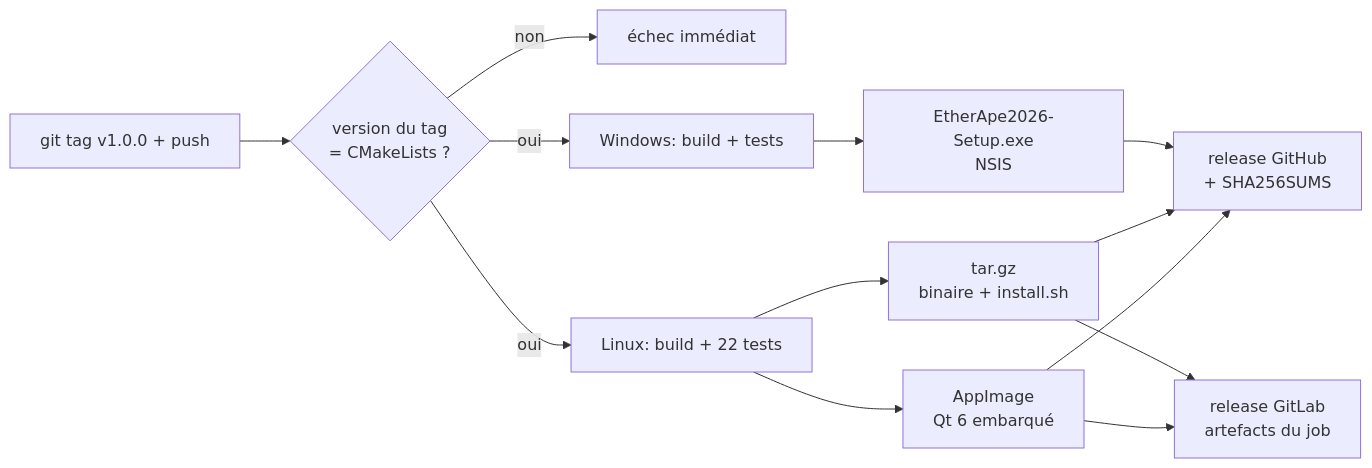
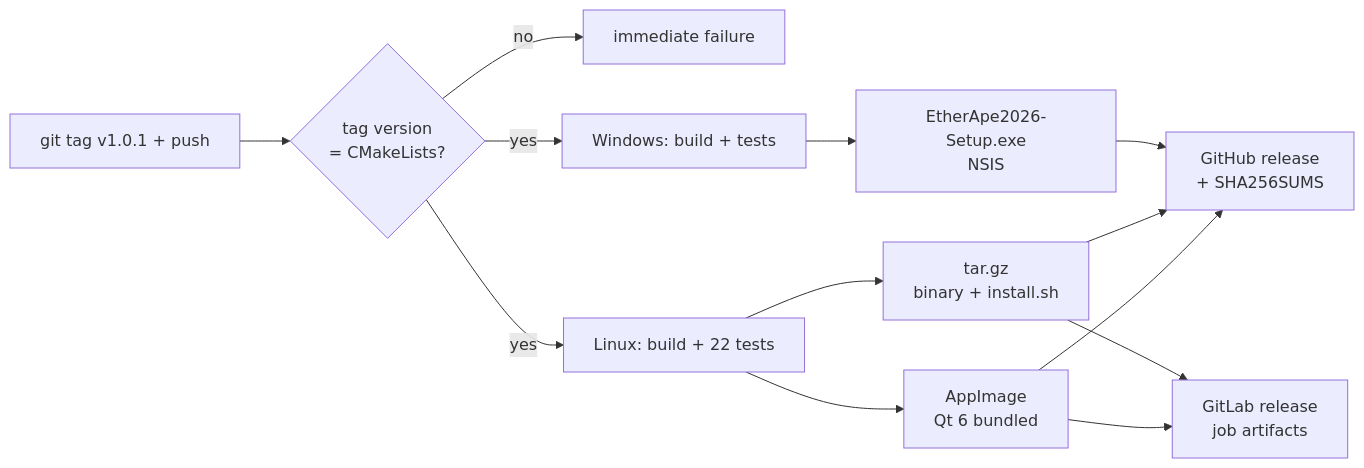
One commit to zx97/etherape2026 changed the diagram in docs/PACKAGING.md. Above: the diagram before and after it, drawn with Mermaid. The commit also changed other lines of this file and 14 other files, not shown here.

````diff
--- a/docs/PACKAGING.md
+++ b/docs/PACKAGING.md
@@ -6,15 +6,15 @@
 ```mermaid
 flowchart LR
-    T[git tag v1.0.0 + push] --> V{version du tag<br/>= CMakeLists ?}
-    V -- non --> X[échec immédiat]
-    V -- oui --> L[Linux: build + 22 tests]
-    V -- oui --> W[Windows: build + tests]
-    L --> A[AppImage<br/>Qt 6 embarqué]
-    L --> B[tar.gz<br/>binaire + install.sh]
+    T[git tag v1.0.1 + push] --> V{tag version<br/>= CMakeLists?}
+    V -- no --> X[immediate failure]
+    V -- yes --> L[Linux: build + 22 tests]
+    V -- yes --> W[Windows: build + tests]
+    L --> A[AppImage<br/>Qt 6 bundled]
+    L --> B[tar.gz<br/>binary + install.sh]
     W --> C[EtherApe2026-Setup.exe<br/>NSIS]
-    A --> R[release GitHub<br/>+ SHA256SUMS]
+    A --> R[GitHub release<br/>+ SHA256SUMS]
     B --> R
     C --> R
-    A --> G[release GitLab<br/>artefacts du job]
+    A --> G[GitLab release<br/>job artifacts]
     B --> G
 ```
````
